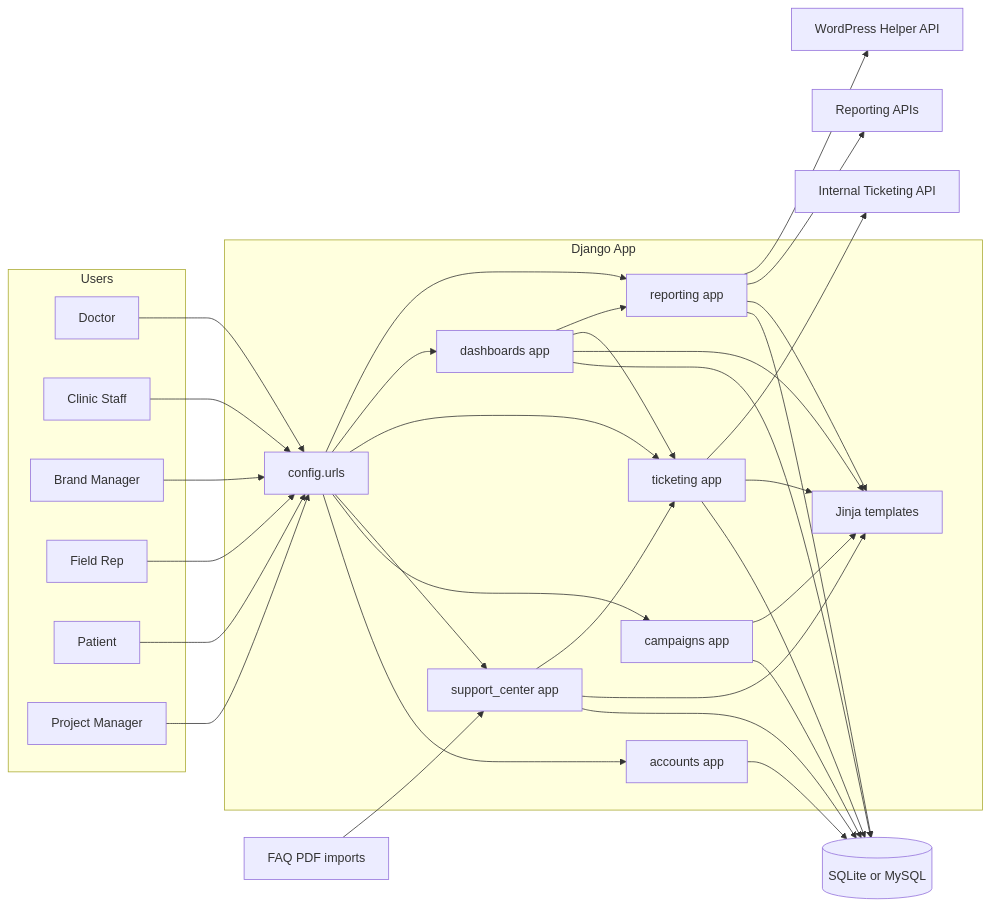
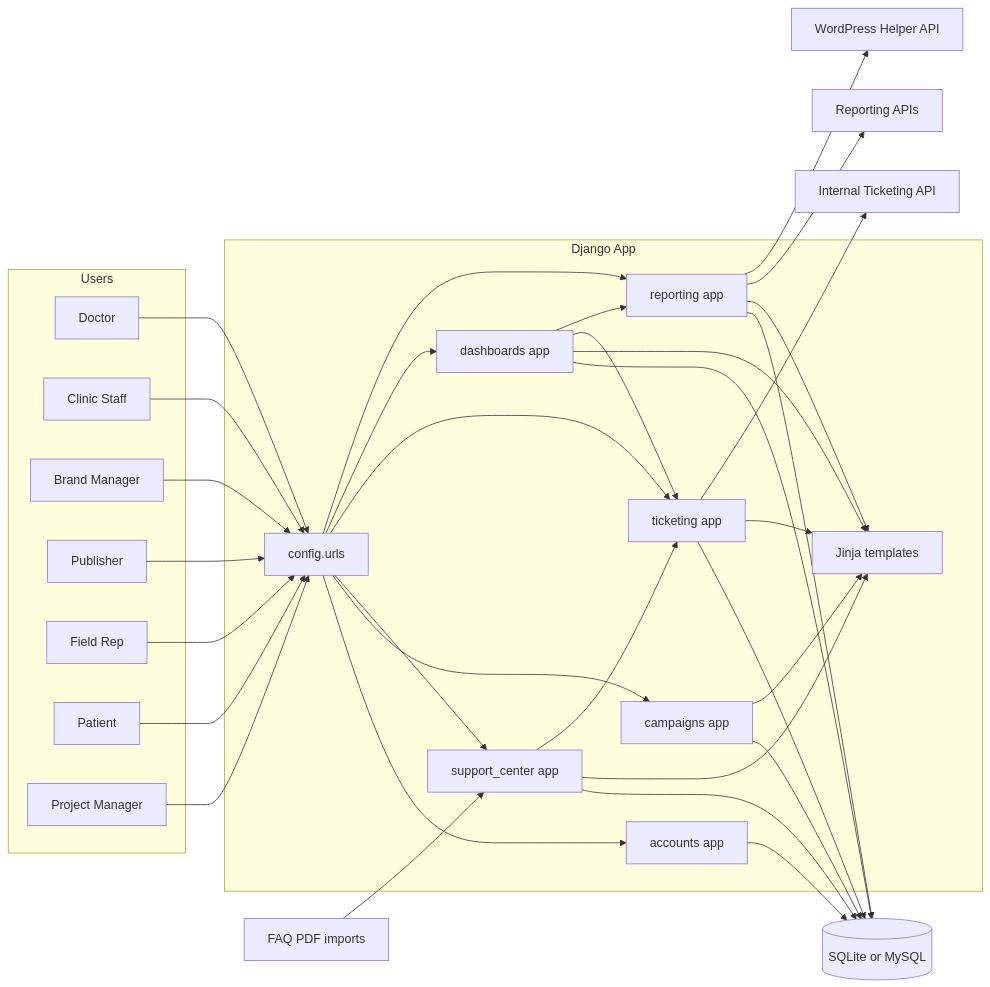
One commit to gopalakrishnanplus-creator/unified_campaign_management changed the first of 6 diagrams in README.md. Above: the diagram before and after it, drawn with Mermaid. The commit also changed other lines of this file, not shown here.

````diff
--- a/README.md
+++ b/README.md
@@ -86,63 +87,65 @@
 ```mermaid
 graph LR
     subgraph Users
         Doctor[Doctor]
         Clinic[Clinic Staff]
         Brand[Brand Manager]
+        Publisher[Publisher]
         Rep[Field Rep]
         Patient[Patient]
         PM[Project Manager]
     end
 
     subgraph Django App
         Router[config.urls]
         Accounts[accounts app]
         Campaigns[campaigns app]
         Support[support_center app]
         Ticketing[ticketing app]
         Dashboards[dashboards app]
         Reporting[reporting app]
         Templates[Jinja templates]
     end
 
     DB[(SQLite or MySQL)]
     ExternalTicketing[Internal Ticketing API]
     LiveFeeds[Reporting APIs]
     WordPress[WordPress Helper API]
     PDFs[FAQ PDF imports]
 
     Doctor --> Router
     Clinic --> Router
     Brand --> Router
+    Publisher --> Router
     Rep --> Router
     Patient --> Router
     PM --> Router
 
     Router --> Accounts
     Router --> Campaigns
     Router --> Support
     Router --> Ticketing
     Router --> Dashboards
     Router --> Reporting
 
     Accounts --> DB
     Campaigns --> DB
     Support --> DB
     Ticketing --> DB
     Dashboards --> DB
     Reporting --> DB
 
     Support --> Templates
     Ticketing --> Templates
     Dashboards --> Templates
     Campaigns --> Templates
     Reporting --> Templates
 
     Support --> Ticketing
     Dashboards --> Ticketing
     Dashboards --> Reporting
     Ticketing --> ExternalTicketing
     Reporting --> LiveFeeds
     Reporting --> WordPress
     PDFs --> Support
 ```
````
